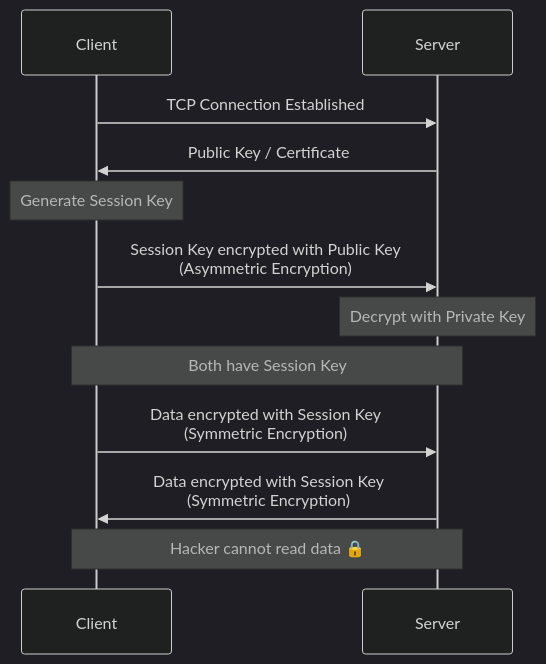
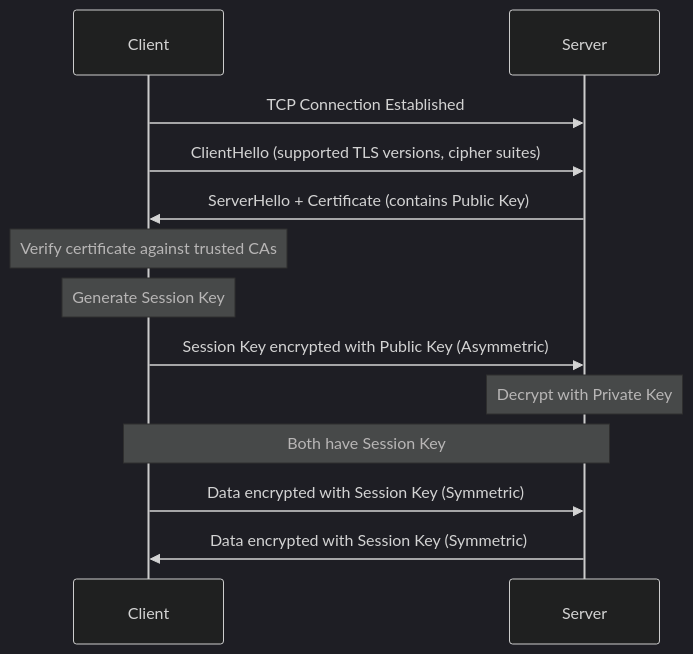
Before and after one commit to skymansandy/sandybox: the second of 3 diagrams in docs/mobile/android/networking/networking.md, drawn with Mermaid (dark theme). The commit also changed other lines of this file and 21 other files, not shown here.

````diff
--- a/docs/mobile/android/networking/networking.md
+++ b/docs/mobile/android/networking/networking.md
@@ -20,14 +20,15 @@
 ```mermaid
 sequenceDiagram
     participant C as Client
     participant S as Server
     C->>S: TCP Connection Established
-    S->>C: Public Key / Certificate
+    C->>S: ClientHello (supported TLS versions, cipher suites)
+    S->>C: ServerHello + Certificate (contains Public Key)
+    Note over C: Verify certificate against trusted CAs
     Note over C: Generate Session Key
-    C->>S: Session Key encrypted with Public Key<br/>(Asymmetric Encryption)
+    C->>S: Session Key encrypted with Public Key (Asymmetric)
     Note over S: Decrypt with Private Key
     Note over C,S: Both have Session Key
-    C->>S: Data encrypted with Session Key<br/>(Symmetric Encryption)
-    S->>C: Data encrypted with Session Key<br/>(Symmetric Encryption)
-    Note over C,S: Hacker cannot read data 🔒
+    C->>S: Data encrypted with Session Key (Symmetric)
+    S->>C: Data encrypted with Session Key (Symmetric)
 ```
````
